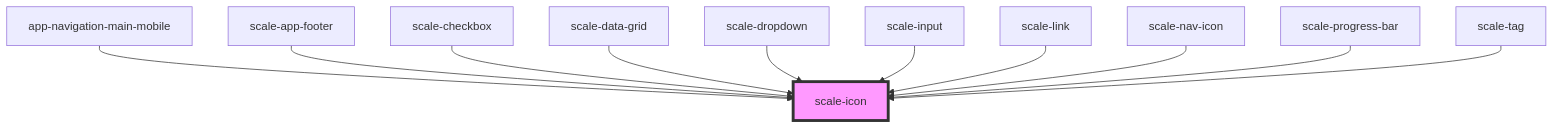
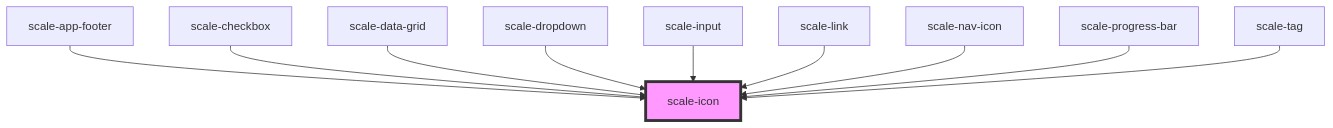
The diagram in packages/components/src/components/icon/readme.md (gaurishkamat/scale), drawn with Mermaid before and after one commit. The commit also changed other lines of this file and 10 other files, not shown here.

````diff
--- a/packages/components/src/components/icon/readme.md
+++ b/packages/components/src/components/icon/readme.md
@@ -38,14 +37,13 @@
 ```mermaid
 graph TD;
-  app-navigation-main-mobile --> scale-icon
   scale-app-footer --> scale-icon
   scale-checkbox --> scale-icon
   scale-data-grid --> scale-icon
   scale-dropdown --> scale-icon
   scale-input --> scale-icon
   scale-link --> scale-icon
   scale-nav-icon --> scale-icon
   scale-progress-bar --> scale-icon
   scale-tag --> scale-icon
   style scale-icon fill:#f9f,stroke:#333,stroke-width:4px
 ```
````
